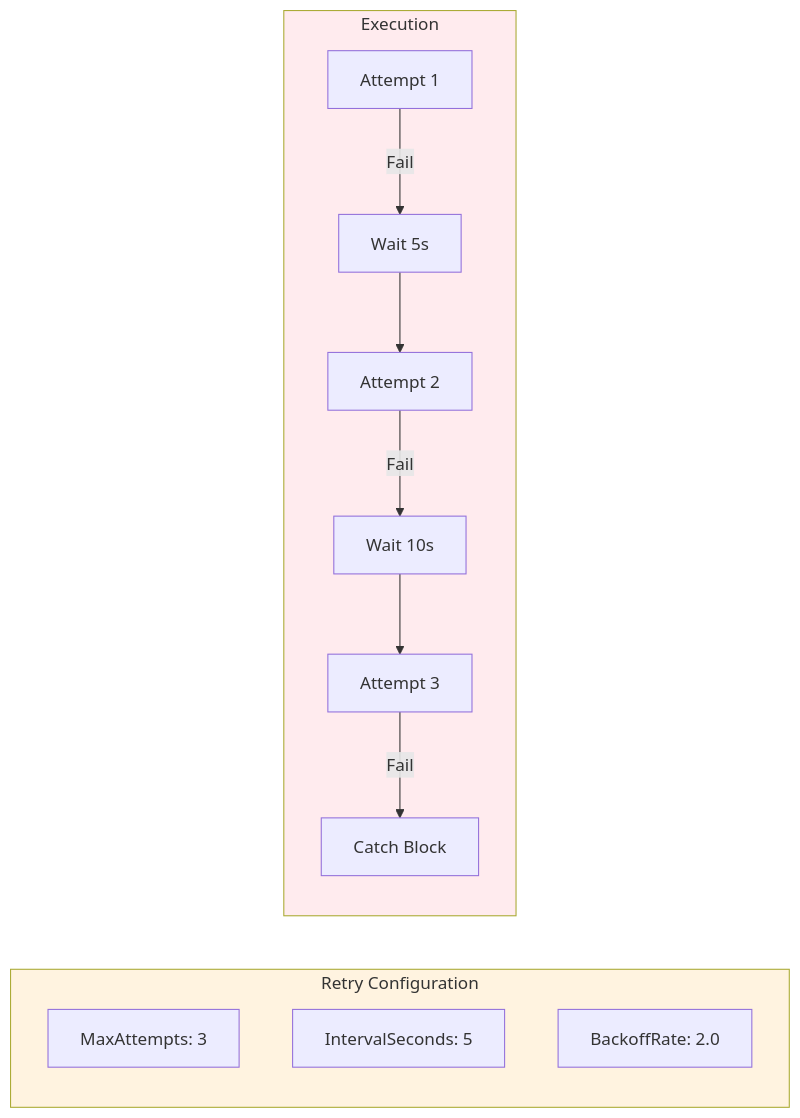
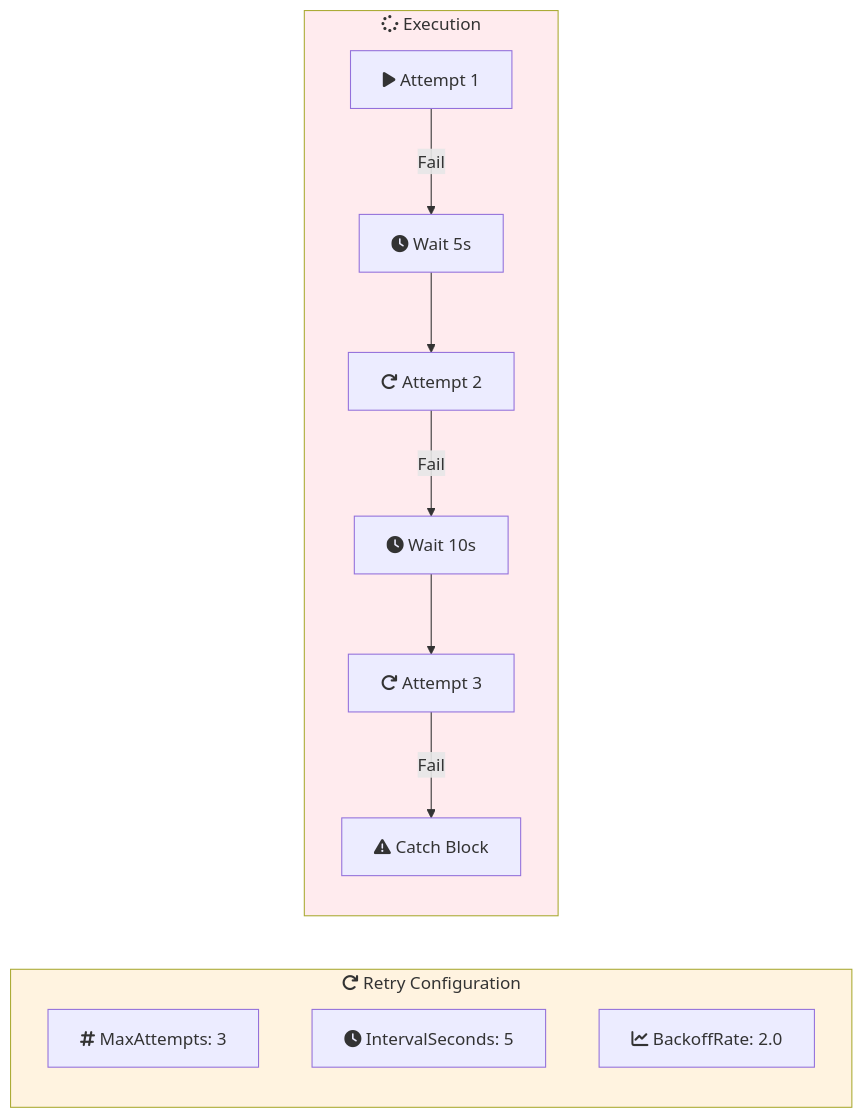
One commit to vinu76jsr/aws-sample-projects changed the third of 3 diagrams in aws-ml-associate-prep/06-step-functions-ml/LAB.md. Above: the diagram before and after it, drawn with Mermaid. The commit also changed other lines of this file and 15 other files, not shown here.

First line of the commit message:
Add Font Awesome icons to all Mermaid diagrams

````diff
--- a/aws-ml-associate-prep/06-step-functions-ml/LAB.md
+++ b/aws-ml-associate-prep/06-step-functions-ml/LAB.md
@@ -77,19 +77,19 @@
 ```mermaid
 flowchart LR
-    subgraph Retry["Retry Configuration"]
-        R1[MaxAttempts: 3]
-        R2[IntervalSeconds: 5]
-        R3[BackoffRate: 2.0]
+    subgraph Retry["fa:fa-redo Retry Configuration"]
+        R1[fa:fa-hashtag MaxAttempts: 3]
+        R2[fa:fa-clock IntervalSeconds: 5]
+        R3[fa:fa-chart-line BackoffRate: 2.0]
     end
 
-    subgraph Execution
-        A1[Attempt 1] -->|Fail| W1[Wait 5s]
-        W1 --> A2[Attempt 2]
-        A2 -->|Fail| W2[Wait 10s]
-        W2 --> A3[Attempt 3]
-        A3 -->|Fail| Catch[Catch Block]
+    subgraph Execution["fa:fa-spinner Execution"]
+        A1[fa:fa-play Attempt 1] -->|Fail| W1[fa:fa-clock Wait 5s]
+        W1 --> A2[fa:fa-redo Attempt 2]
+        A2 -->|Fail| W2[fa:fa-clock Wait 10s]
+        W2 --> A3[fa:fa-redo Attempt 3]
+        A3 -->|Fail| Catch[fa:fa-exclamation-triangle Catch Block]
     end
 
     style Retry fill:#fff3e0
     style Execution fill:#ffebee
 ```
````
